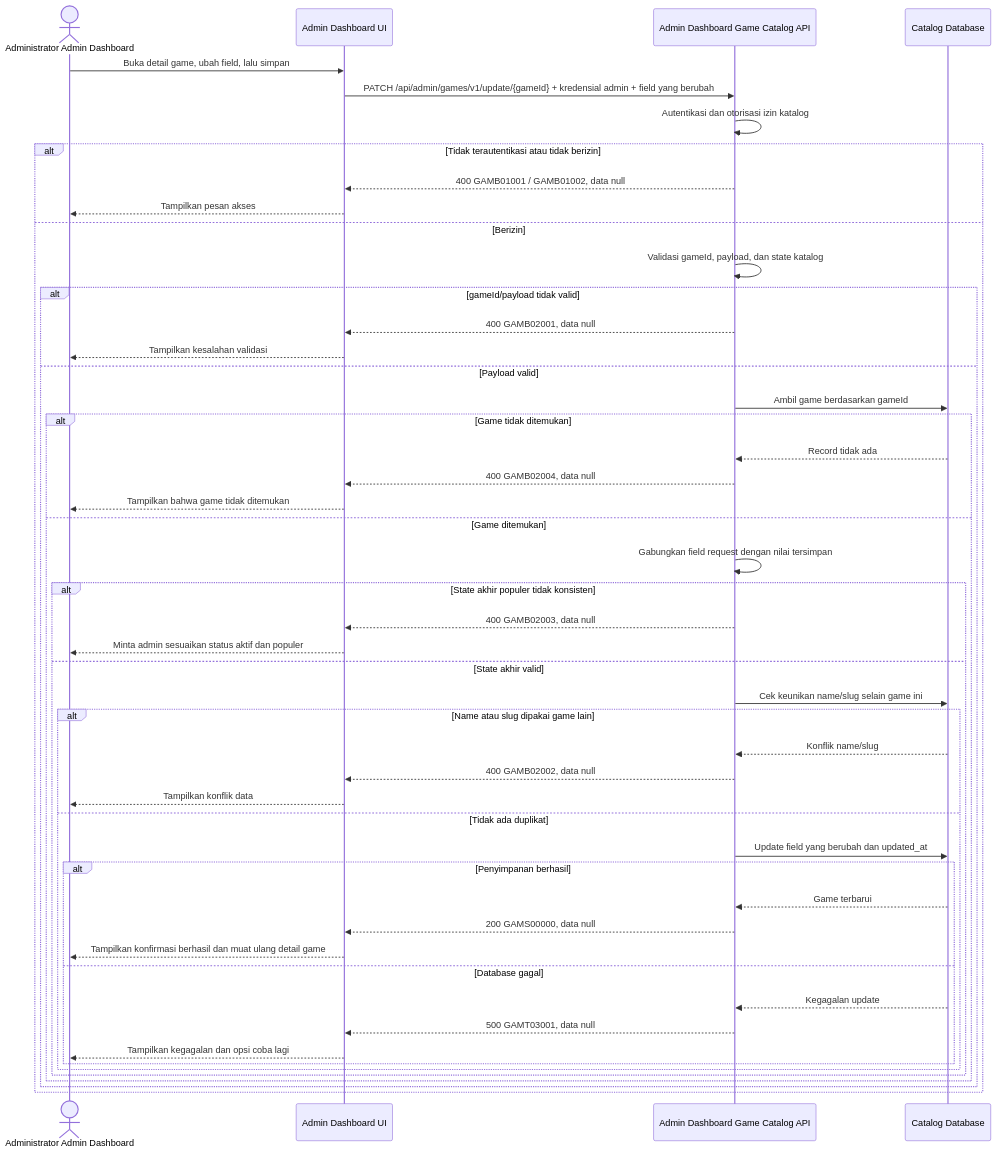
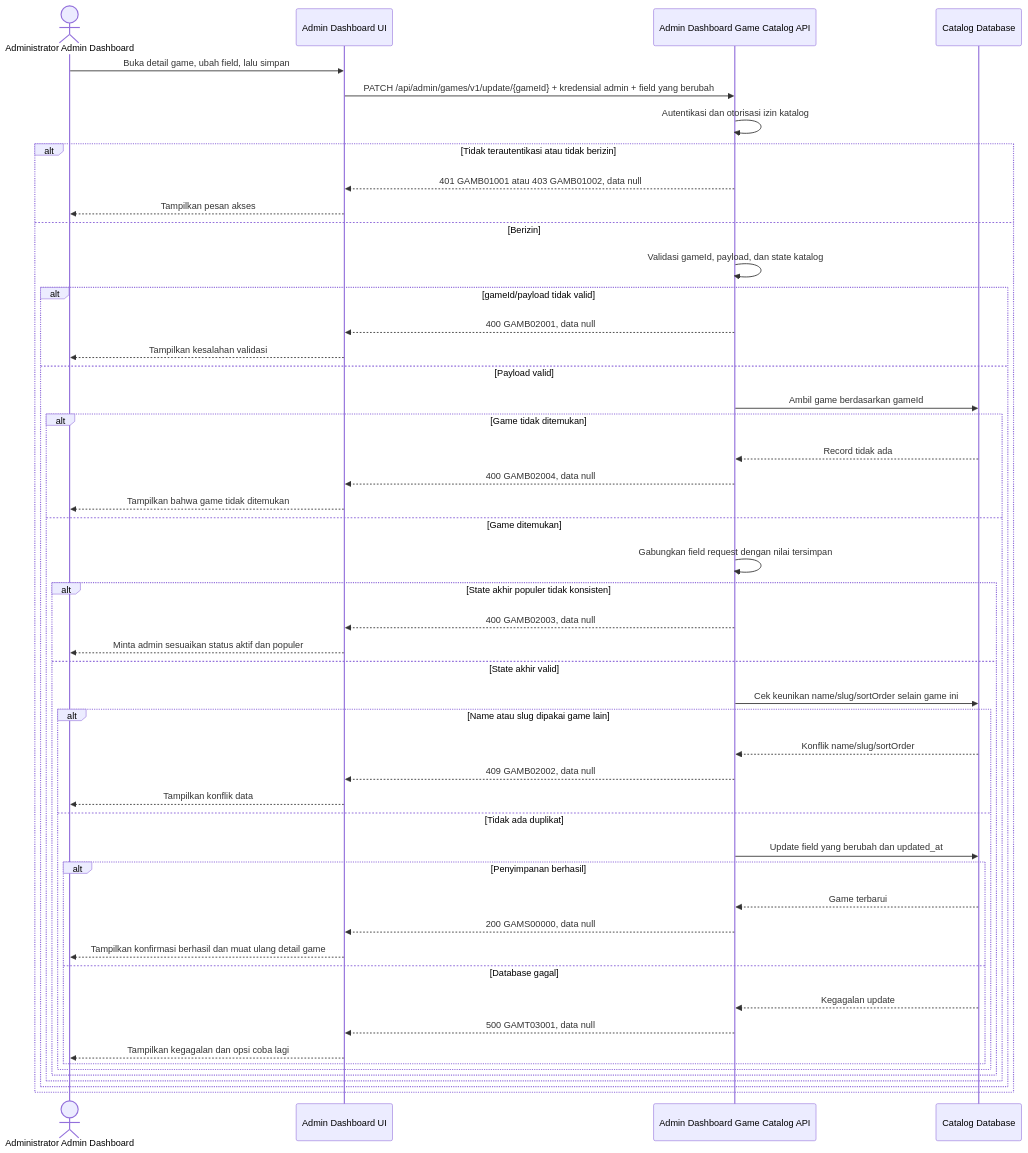
Before and after one commit to fatihmuhamadridho/docs-game-service-platform: the diagram in sprint-1/solutioning/dashboard/games/update-game.md, drawn with Mermaid. The commit also changed other lines of this file and 32 other files, not shown here.

````diff
--- a/sprint-1/solutioning/dashboard/games/update-game.md
+++ b/sprint-1/solutioning/dashboard/games/update-game.md
@@ -14,51 +14,51 @@
 ```mermaid
 sequenceDiagram
     actor Admin as Administrator Admin Dashboard
     participant UI as Admin Dashboard UI
     participant API as Admin Dashboard Game Catalog API
     participant DB as Catalog Database
     Admin->>UI: Buka detail game, ubah field, lalu simpan
     UI->>API: PATCH /api/admin/games/v1/update/{gameId} + kredensial admin + field yang berubah
     API->>API: Autentikasi dan otorisasi izin katalog
     alt Tidak terautentikasi atau tidak berizin
-        API-->>UI: 400 GAMB01001 / GAMB01002, data null
+        API-->>UI: 401 GAMB01001 atau 403 GAMB01002, data null
         UI-->>Admin: Tampilkan pesan akses
     else Berizin
         API->>API: Validasi gameId, payload, dan state katalog
         alt gameId/payload tidak valid
             API-->>UI: 400 GAMB02001, data null
             UI-->>Admin: Tampilkan kesalahan validasi
         else Payload valid
             API->>DB: Ambil game berdasarkan gameId
             alt Game tidak ditemukan
                 DB-->>API: Record tidak ada
                 API-->>UI: 400 GAMB02004, data null
                 UI-->>Admin: Tampilkan bahwa game tidak ditemukan
             else Game ditemukan
                 API->>API: Gabungkan field request dengan nilai tersimpan
                 alt State akhir populer tidak konsisten
                     API-->>UI: 400 GAMB02003, data null
                     UI-->>Admin: Minta admin sesuaikan status aktif dan populer
                 else State akhir valid
-                    API->>DB: Cek keunikan name/slug selain game ini
+                    API->>DB: Cek keunikan name/slug/sortOrder selain game ini
                     alt Name atau slug dipakai game lain
-                        DB-->>API: Konflik name/slug
-                        API-->>UI: 400 GAMB02002, data null
+                        DB-->>API: Konflik name/slug/sortOrder
+                        API-->>UI: 409 GAMB02002, data null
                         UI-->>Admin: Tampilkan konflik data
                     else Tidak ada duplikat
                         API->>DB: Update field yang berubah dan updated_at
                         alt Penyimpanan berhasil
                             DB-->>API: Game terbarui
                             API-->>UI: 200 GAMS00000, data null
                             UI-->>Admin: Tampilkan konfirmasi berhasil dan muat ulang detail game
                         else Database gagal
                             DB-->>API: Kegagalan update
                             API-->>UI: 500 GAMT03001, data null
                             UI-->>Admin: Tampilkan kegagalan dan opsi coba lagi
                         end
                     end
                 end
             end
         end
     end
 ```
````
